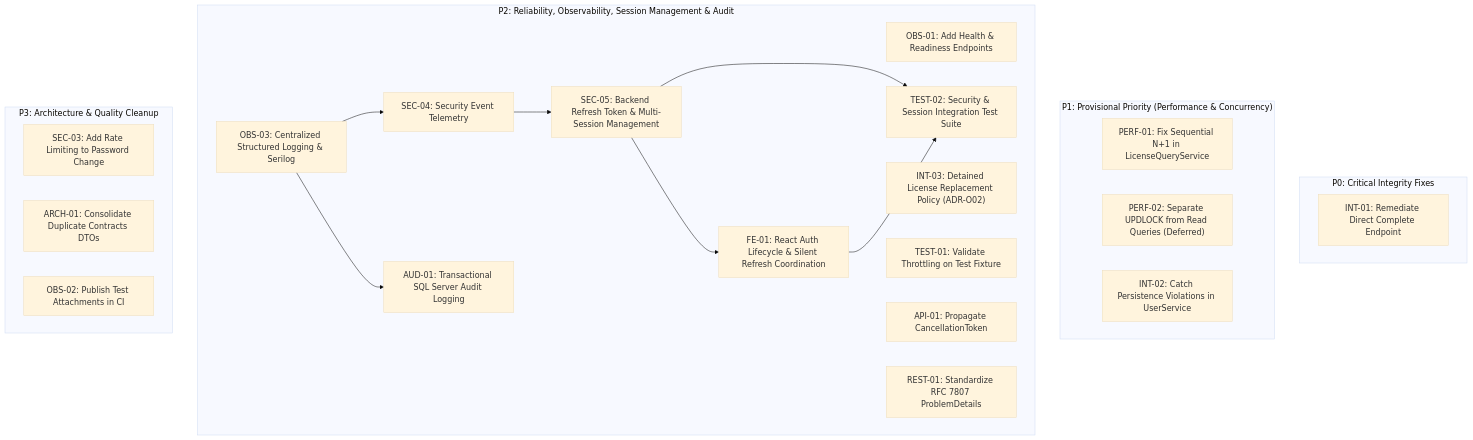
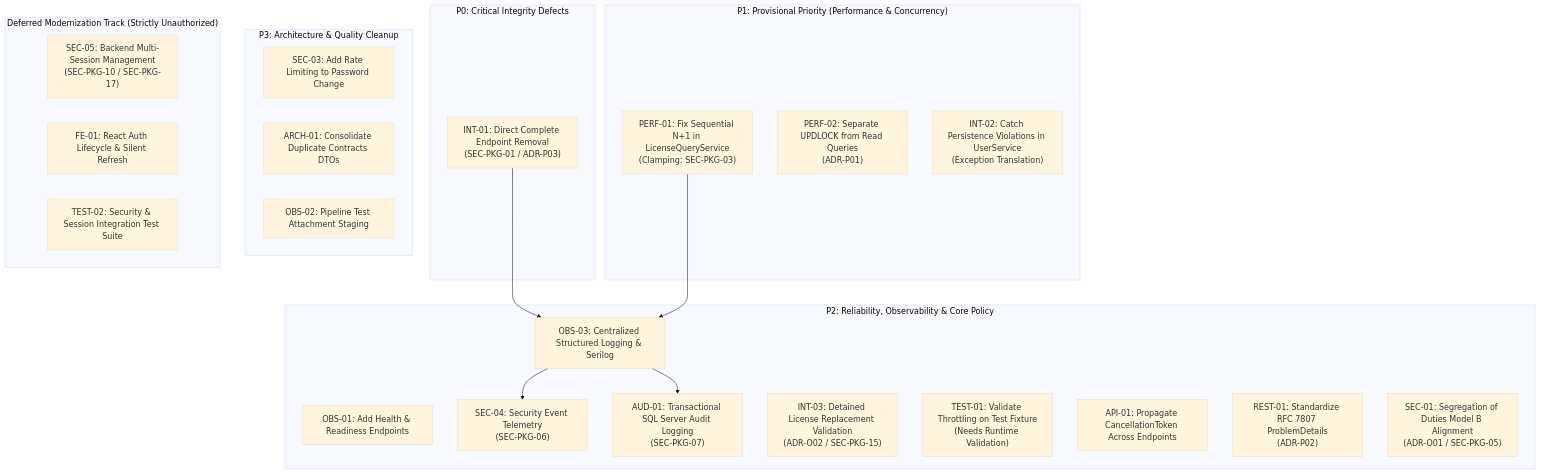
Before and after one commit to ayhm325/DVLD-WPF: the diagram in ENGINEERING-ROADMAP.md, drawn with Mermaid (base theme). The commit also changed other lines of this file and 16 other files, not shown here.

````diff
--- a/ENGINEERING-ROADMAP.md
+++ b/ENGINEERING-ROADMAP.md
@@ -24,39 +30,41 @@
 ```mermaid
 graph TD
-    subgraph P0["P0: Critical Integrity Fixes"]
-        INT01["INT-01: Remediate Direct Complete Endpoint"]
+    subgraph P0["P0: Critical Integrity Defects"]
+        INT01["INT-01: Direct Complete Endpoint Removal<br/>(SEC-PKG-01 / ADR-P03)"]
     end
     
     subgraph P1["P1: Provisional Priority (Performance & Concurrency)"]
-        PERF01["PERF-01: Fix Sequential N+1 in LicenseQueryService"]
-        PERF02["PERF-02: Separate UPDLOCK from Read Queries (Deferred)"]
-        INT02["INT-02: Catch Persistence Violations in UserService"]
+        PERF01["PERF-01: Fix Sequential N+1 in LicenseQueryService<br/>(Clamping: SEC-PKG-03)"]
+        PERF02["PERF-02: Separate UPDLOCK from Read Queries<br/>(ADR-P01)"]
+        INT02["INT-02: Catch Persistence Violations in UserService<br/>(Exception Translation)"]
     end
     
-    subgraph P2["P2: Reliability, Observability, Session Management & Audit"]
+    subgraph P2["P2: Reliability, Observability & Core Policy"]
         OBS01["OBS-01: Add Health & Readiness Endpoints"]
         OBS03["OBS-03: Centralized Structured Logging & Serilog"]
-        SEC04["SEC-04: Security Event Telemetry"]
-        AUD01["AUD-01: Transactional SQL Server Audit Logging"]
-        SEC05["SEC-05: Backend Refresh Token & Multi-Session Management"]
-        FE01["FE-01: React Auth Lifecycle & Silent Refresh Coordination"]
-        TEST02["TEST-02: Security & Session Integration Test Suite"]
-        INT03["INT-03: Detained License Replacement Policy (ADR-O02)"]
-        TEST01["TEST-01: Validate Throttling on Test Fixture"]
-        API01["API-01: Propagate CancellationToken"]
-        REST01["REST-01: Standardize RFC 7807 ProblemDetails"]
+        SEC04["SEC-04: Security Event Telemetry<br/>(SEC-PKG-06)"]
+        AUD01["AUD-01: Transactional SQL Server Audit Logging<br/>(SEC-PKG-07)"]
+        INT03["INT-03: Detained License Replacement Validation<br/>(ADR-O02 / SEC-PKG-15)"]
+        TEST01["TEST-01: Validate Throttling on Test Fixture<br/>(Needs Runtime Validation)"]
+        API01["API-01: Propagate CancellationToken Across Endpoints"]
+        REST01["REST-01: Standardize RFC 7807 ProblemDetails<br/>(ADR-P02)"]
+        SEC01["SEC-01: Segregation of Duties Model B Alignment<br/>(ADR-O01 / SEC-PKG-05)"]
     end
     
     subgraph P3["P3: Architecture & Quality Cleanup"]
         SEC03["SEC-03: Add Rate Limiting to Password Change"]
         ARCH01["ARCH-01: Consolidate Duplicate Contracts DTOs"]
-        OBS02["OBS-02: Publish Test Attachments in CI"]
+        OBS02["OBS-02: Pipeline Test Attachment Staging"]
     end
 
+    subgraph DEFERRED["Deferred Modernization Track (Strictly Unauthorized)"]
+        SEC05["SEC-05: Backend Multi-Session Management<br/>(SEC-PKG-10 / SEC-PKG-17)"]
+        FE01["FE-01: React Auth Lifecycle & Silent Refresh"]
+        TEST02["TEST-02: Security & Session Integration Test Suite"]
+    end
+
+    INT01 --> OBS03
+    PERF01 --> OBS03
     OBS03 --> SEC04
     OBS03 --> AUD01
-    SEC04 --> SEC05
-    SEC05 --> FE01
-    SEC05 --> TEST02
-    FE01 --> TEST02
 ```
````
